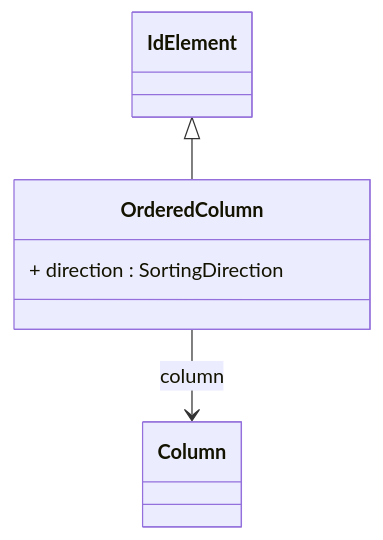
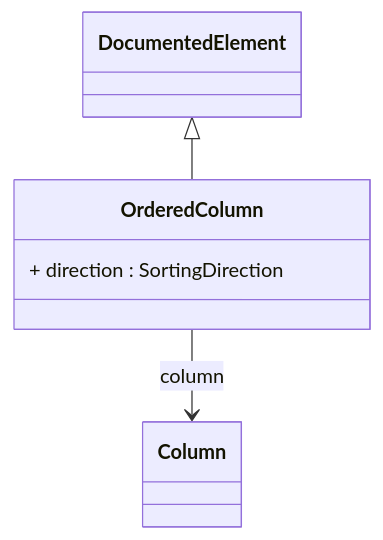
Before and after one commit to eclipse-daanse/eclipse-daanse.github.io: the diagram in docs/cubeserver/model/class-OrderedColumn.md, drawn with Mermaid. The commit also changed other lines of this file and 95 other files, not shown here.

````diff
--- a/docs/cubeserver/model/class-OrderedColumn.md
+++ b/docs/cubeserver/model/class-OrderedColumn.md
@@ -76,10 +76,10 @@
 ```mermaid
 classDiagram
   class OrderedColumn {
     + direction : SortingDirection
   }
 
-  IdElement <|-- OrderedColumn
+  DocumentedElement <|-- OrderedColumn
   OrderedColumn --> Column : column
 
 ```
````
